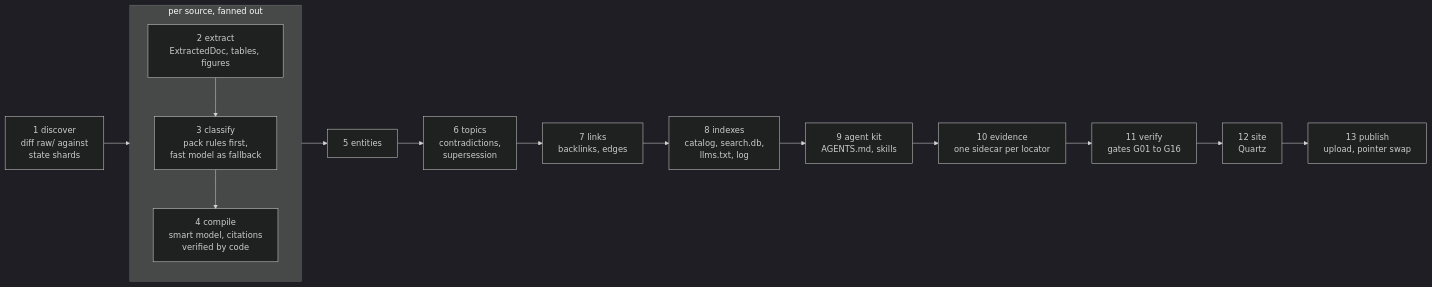
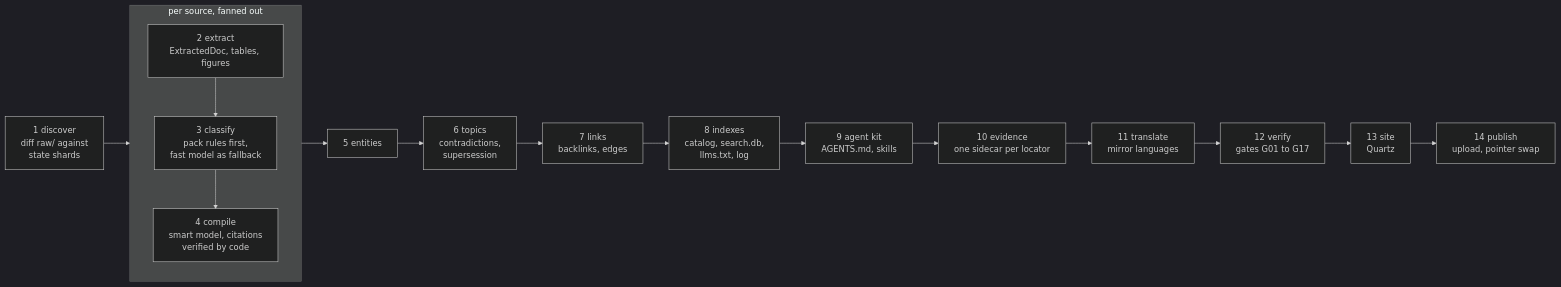
The second of 5 diagrams in docs/architecture.md (ozgurkarahan/docwiki), drawn with Mermaid (dark theme) before and after one commit. The commit also changed other lines of this file and 124 other files, not shown here.

````diff
--- a/docs/architecture.md
+++ b/docs/architecture.md
@@ -65,13 +65,14 @@
 ```mermaid
 flowchart LR
   discover["1 discover<br/>diff raw/ against<br/>state shards"] --> perSource
   subgraph perSource["per source, fanned out"]
     direction TB
     extract["2 extract<br/>ExtractedDoc, tables, figures"] --> classify["3 classify<br/>pack rules first,<br/>fast model as fallback"]
     classify --> compile["4 compile<br/>smart model, citations<br/>verified by code"]
   end
   perSource --> entities["5 entities"] --> topics["6 topics<br/>contradictions,<br/>supersession"] --> links["7 links<br/>backlinks, edges"]
   links --> indexes["8 indexes<br/>catalog, search.db,<br/>llms.txt, log"] --> agentkit["9 agent kit<br/>AGENTS.md, skills"]
-  agentkit --> evidence["10 evidence<br/>one sidecar per locator"] --> verify["11 verify<br/>gates G01 to G16"]
-  verify --> site["12 site<br/>Quartz"] --> publish["13 publish<br/>upload, pointer swap"]
+  agentkit --> evidence["10 evidence<br/>one sidecar per locator"] --> translate["11 translate<br/>mirror languages"]
+  translate --> verify["12 verify<br/>gates G01 to G17"]
+  verify --> site["13 site<br/>Quartz"] --> publish["14 publish<br/>upload, pointer swap"]
 ```
````
